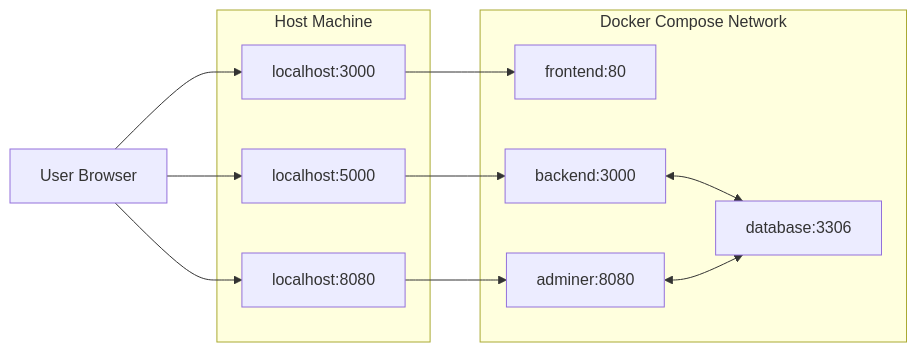
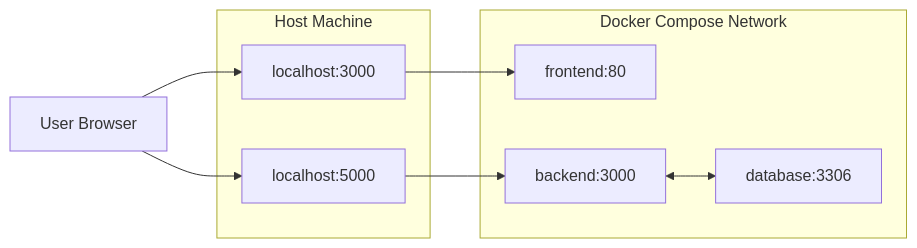
Before and after one commit to CoderMan73/ezspot: the first of 4 diagrams in docs/Docker.md, drawn with Mermaid. The commit also changed other lines of this file and 4 other files, not shown here.

````diff
--- a/docs/Docker.md
+++ b/docs/Docker.md
@@ -21,24 +21,20 @@
 ```mermaid
 flowchart LR
     U[User Browser]
 
     subgraph Host[Host Machine]
       HFE[localhost:3000]
       HBE[localhost:5000]
-      HAD[localhost:8080]
     end
 
     subgraph Compose[Docker Compose Network]
       FE[frontend:80]
       BE[backend:3000]
       DB[database:3306]
-      AD[adminer:8080]
     end
 
     U --> HFE --> FE
     U --> HBE --> BE
-    U --> HAD --> AD
 
     BE <--> DB
-    AD <--> DB
 ```
````
